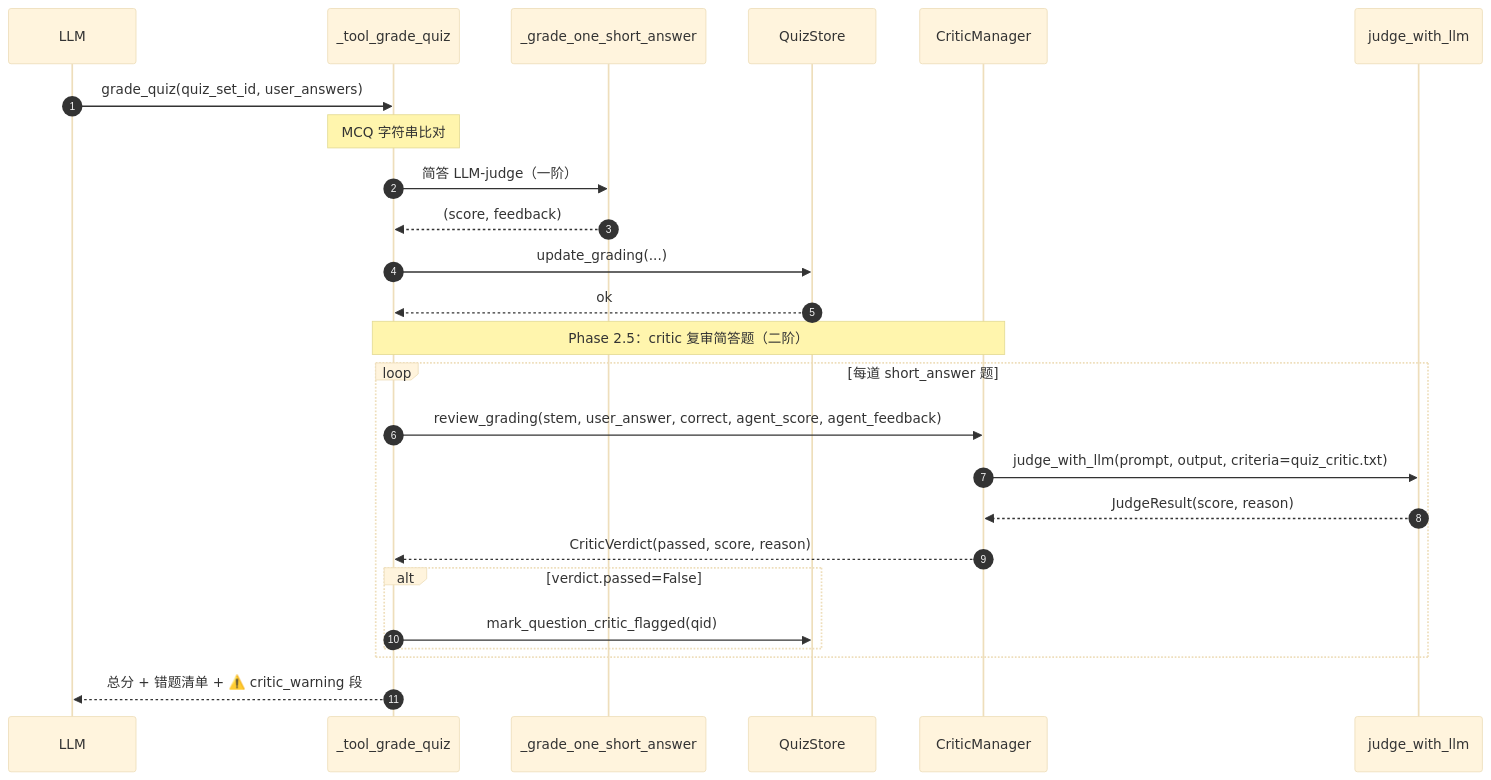
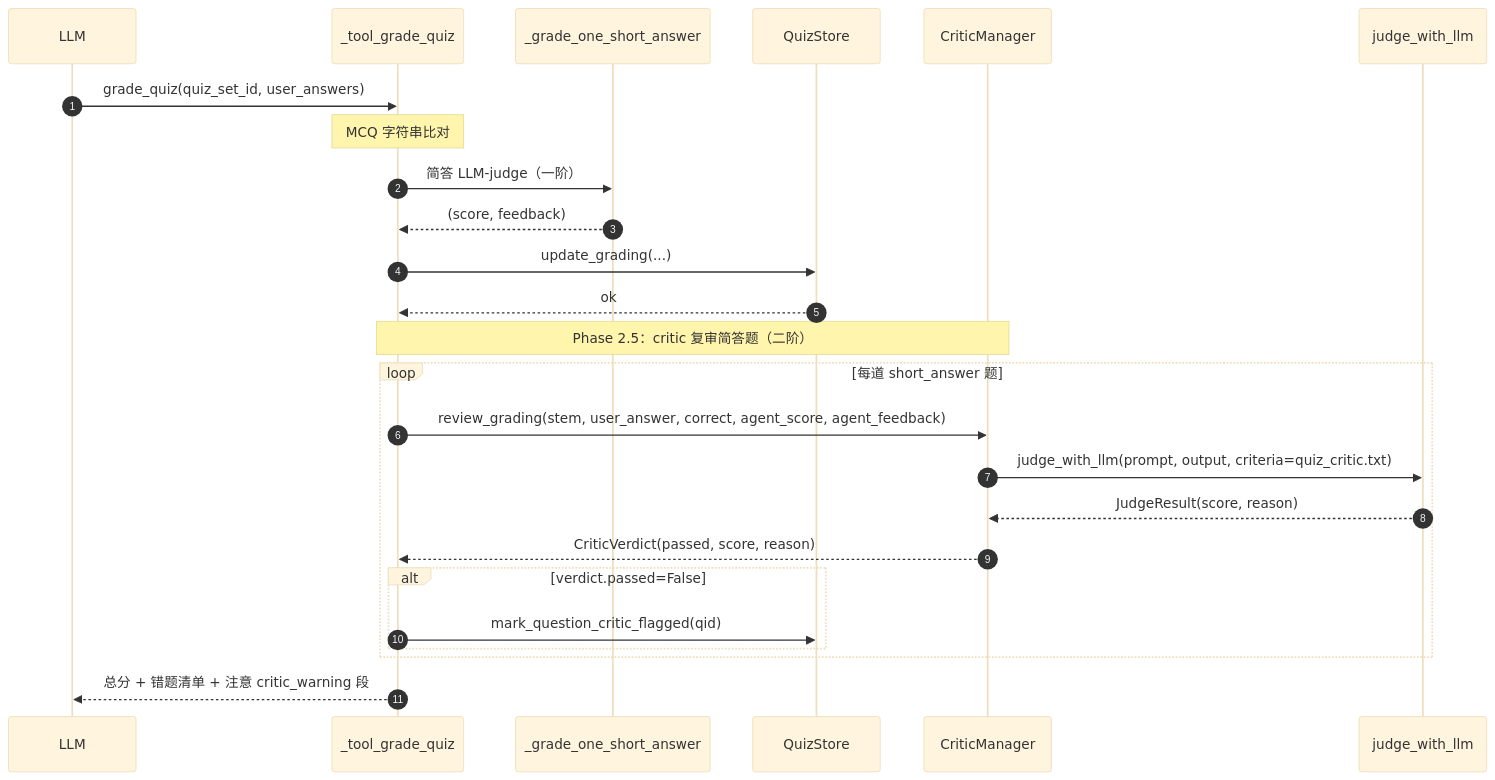
Diagram 19 of 27 in docs/design.md (michaelwangzhenan/AgentA), drawn with Mermaid (base theme) before and after one commit. The commit also changed other lines of this file and 14 other files, not shown here.

````diff
--- a/docs/design.md
+++ b/docs/design.md
@@ -1016,29 +1027,29 @@
 ```mermaid
 sequenceDiagram
     autonumber
     participant LLM as LLM
     participant T as _tool_grade_quiz
     participant SS as _grade_one_short_answer
     participant QS as QuizStore
     participant HM as CriticManager
     participant J as judge_with_llm
 
     LLM->>T: grade_quiz(quiz_set_id, user_answers)
     Note over T: MCQ 字符串比对
     T->>SS: 简答 LLM-judge（一阶）
     SS-->>T: (score, feedback)
     T->>QS: update_grading(...)
     QS-->>T: ok
 
     Note over T,HM: Phase 2.5：critic 复审简答题（二阶）
     loop 每道 short_answer 题
         T->>HM: review_grading(stem, user_answer, correct, agent_score, agent_feedback)
         HM->>J: judge_with_llm(prompt, output, criteria=quiz_critic.txt)
         J-->>HM: JudgeResult(score, reason)
         HM-->>T: CriticVerdict(passed, score, reason)
         alt verdict.passed=False
             T->>QS: mark_question_critic_flagged(qid)
         end
     end
-    T-->>LLM: 总分 + 错题清单 + ⚠️ critic_warning 段
+    T-->>LLM: 总分 + 错题清单 + 注意 critic_warning 段
 ```
````
